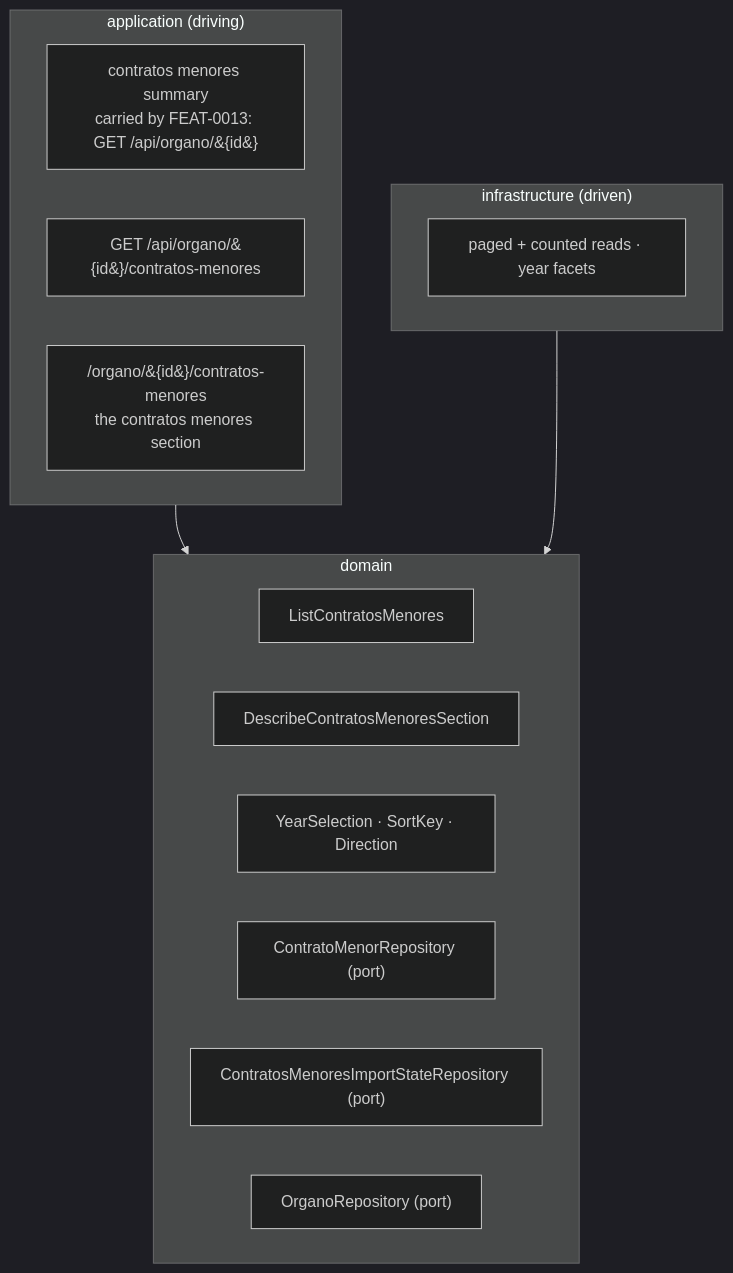
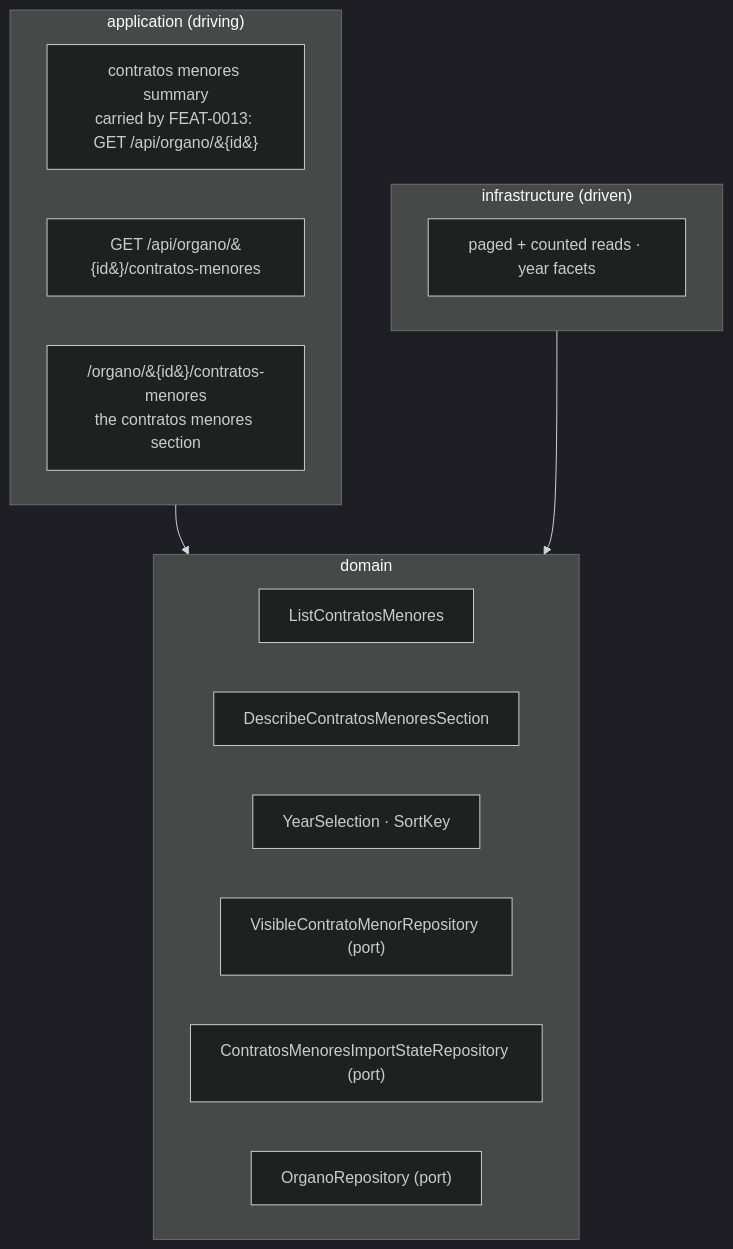
Before and after one commit to earelin/conxugal: the diagram in docs/features/FEAT-0011-contratos-menores-browsing/README.md, drawn with Mermaid (dark theme). The commit also changed other lines of this file and 19 other files, not shown here.

````diff
--- a/docs/features/FEAT-0011-contratos-menores-browsing/README.md
+++ b/docs/features/FEAT-0011-contratos-menores-browsing/README.md
@@ -137,24 +137,24 @@
 ```mermaid
 flowchart TB
     subgraph application["application (driving)"]
         direction LR
         summaryPort["contratos menores summary<br/>carried by FEAT-0013: GET /api/organo/&#123;id&#125;"]
         listApi["GET /api/organo/&#123;id&#125;/contratos-menores"]
         sectionUi["/organo/&#123;id&#125;/contratos-menores<br/>the contratos menores section"]
     end
     subgraph domain["domain"]
         direction LR
         listUc["ListContratosMenores"]
         resumoUc["DescribeContratosMenoresSection"]
-        selection["YearSelection · SortKey · Direction"]
-        contratoRepo["ContratoMenorRepository (port)"]
+        selection["YearSelection · SortKey"]
+        contratoRepo["VisibleContratoMenorRepository (port)"]
         stateRepo["ContratosMenoresImportStateRepository (port)"]
         organoRepo["OrganoRepository (port)"]
     end
     subgraph infrastructure["infrastructure (driven)"]
         direction LR
         jdbcReads["paged + counted reads · year facets"]
     end
     application --> domain
     infrastructure --> domain
 ```
````
